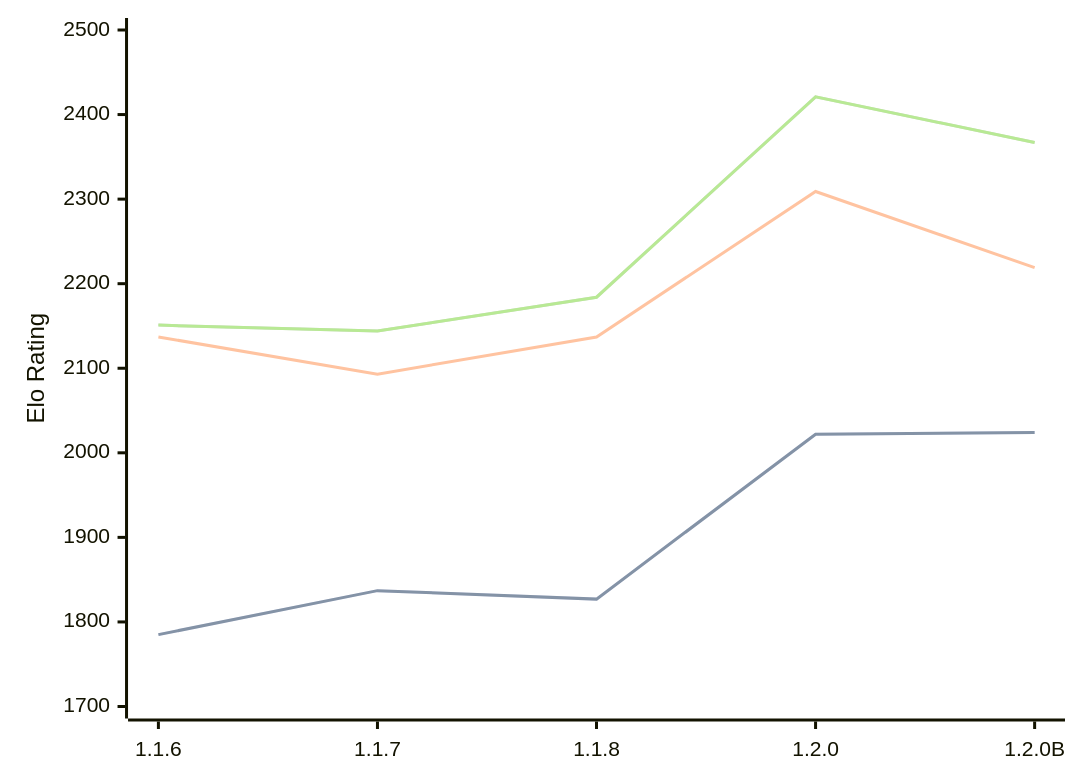
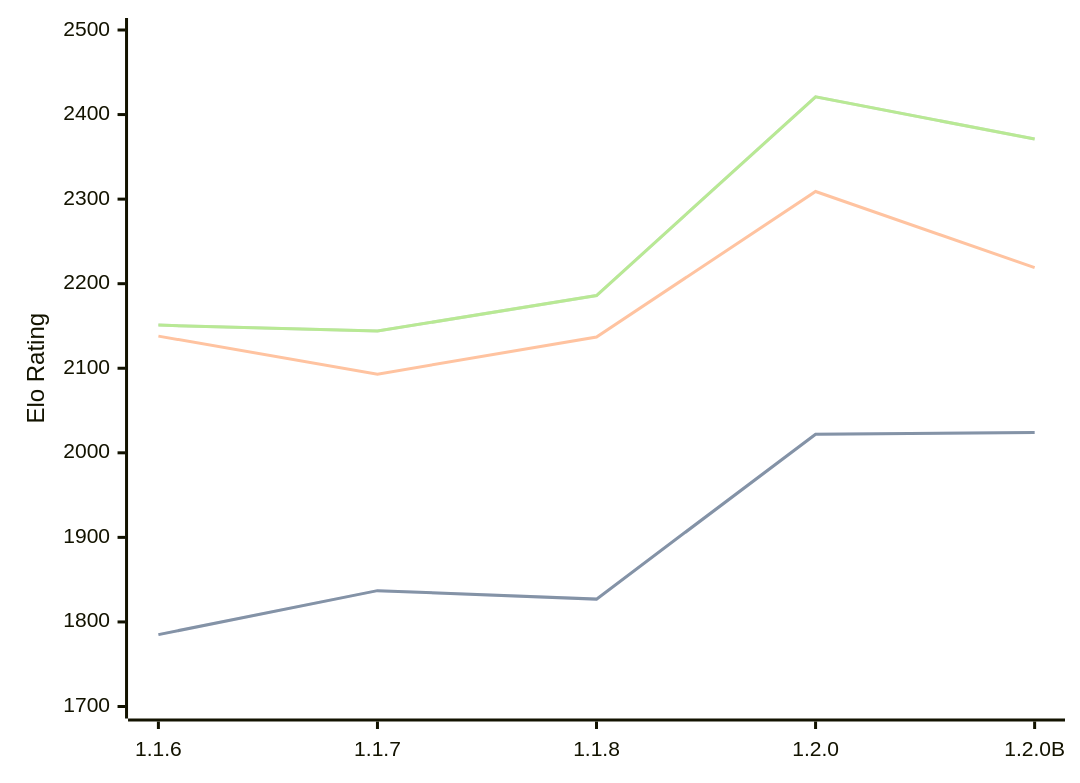
One commit to computer-chess-index/cci changed the third of 3 diagrams in engines/Soomi.md. Above: the diagram before and after it, drawn with Mermaid. The commit also changed other lines of this file, not shown here.

Commit message:
Update CCI Ratings (ELO VLTC) - 2026-07-13

````diff
--- a/engines/Soomi.md
+++ b/engines/Soomi.md
@@ -68,11 +68,11 @@
 ```mermaid
 %%{init: {"theme":"base","themeVariables":{"seriesColors:['#a3a3a3','#222221','#faa371']}}}%%
 xychart-beta
   x-axis ["1.1.6", "1.1.7", "1.1.8", "1.2.0", "1.2.0B"]
   y-axis "Elo Rating" 1700 --> 2500
   line "STC (8.0+0.08s)" [1785, 1837, 1827, 2022, 2024]
   line "STC (8.0+0.08s)" [1785, 1837, 1827, 2022, 2024]
-  line "LTC (60.0+0.60s)" [2137, 2093, 2137, 2309, 2219]
-  line "VLTC (2m24s+1.12s)" [2151, 2144, 2184, 2421, 2367]
-  line "VLTC (2m24s+1.12s)" [2151, 2144, 2184, 2421, 2367]
+  line "LTC (60.0+0.60s)" [2138, 2093, 2137, 2309, 2219]
+  line "VLTC (2m24s+1.12s)" [2151, 2144, 2186, 2421, 2371]
+  line "VLTC (2m24s+1.12s)" [2151, 2144, 2186, 2421, 2371]
 ```
````
